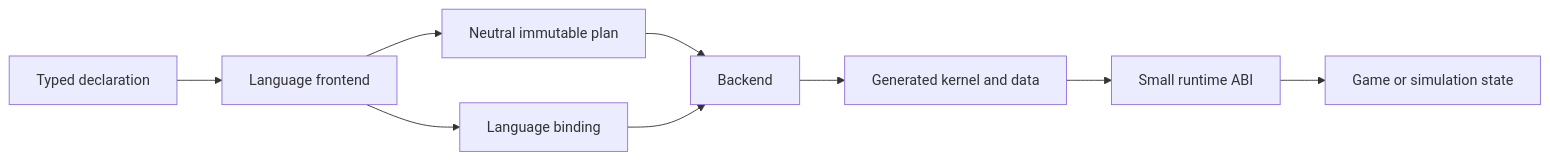
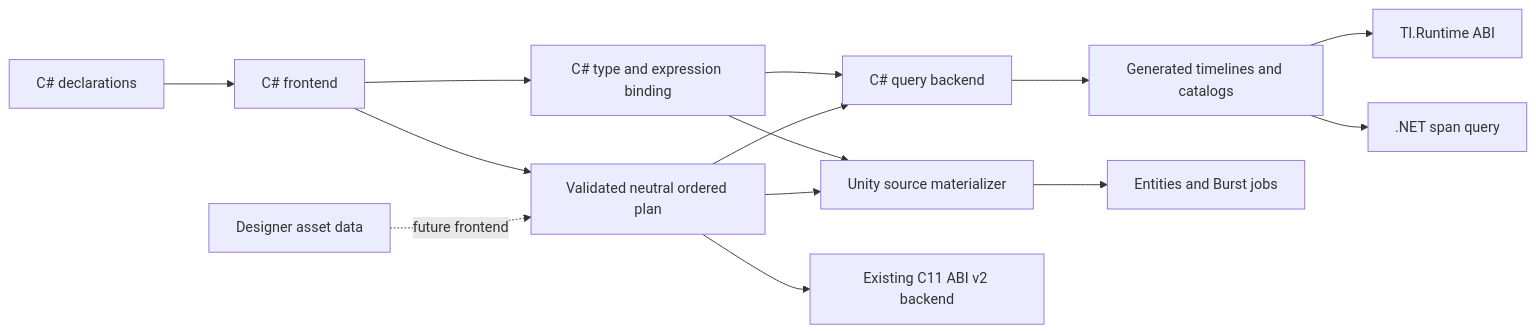
Before and after one commit to IAFahim/tl: the first of 3 diagrams in docs/architecture.md, drawn with Mermaid. The commit also changed other lines of this file and 3 other files, not shown here.

````diff
--- a/docs/architecture.md
+++ b/docs/architecture.md
@@ -7,11 +5,16 @@
 ```mermaid
 flowchart LR
-    A[Typed declaration] --> F[Language frontend]
-    F --> P[Neutral immutable plan]
-    F --> B[Language binding]
-    P --> E[Backend]
-    B --> E
-    E --> K[Generated kernel and data]
-    K --> R[Small runtime ABI]
-    R --> G[Game or simulation state]
+    CS[C# declarations] --> FE[C# frontend]
+    GUI[Designer asset data] -. future frontend .-> PLAN
+    FE --> PLAN[Validated neutral ordered plan]
+    FE --> BIND[C# type and expression binding]
+    PLAN --> GEN[C# query backend]
+    BIND --> GEN
+    GEN --> CODE[Generated timelines and catalogs]
+    CODE --> ABI[Tl.Runtime ABI]
+    CODE --> NET[.NET span query]
+    PLAN --> UNITY[Unity source materializer]
+    BIND --> UNITY
+    UNITY --> ECS[Entities and Burst jobs]
+    PLAN --> C11[Existing C11 ABI v2 backend]
 ```
````
